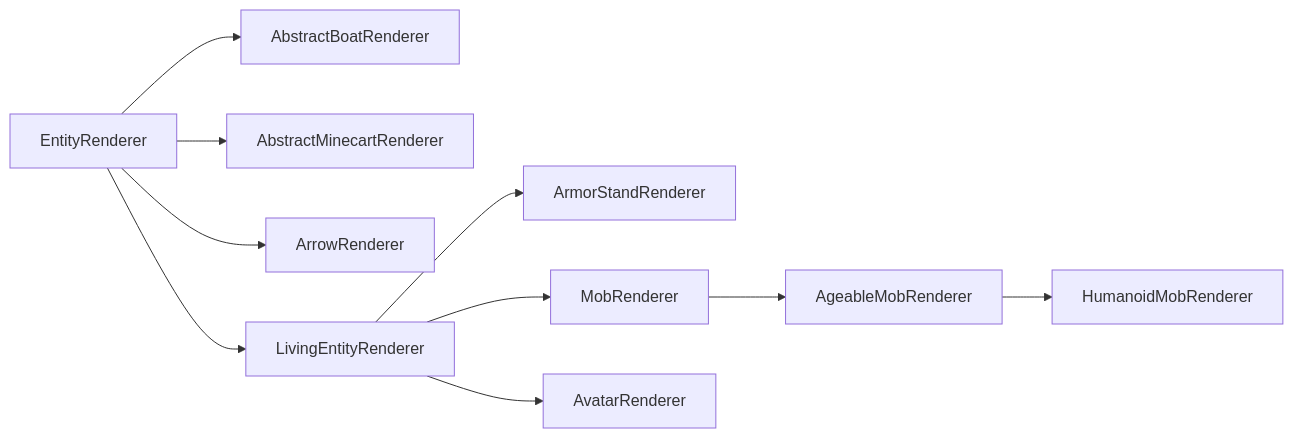
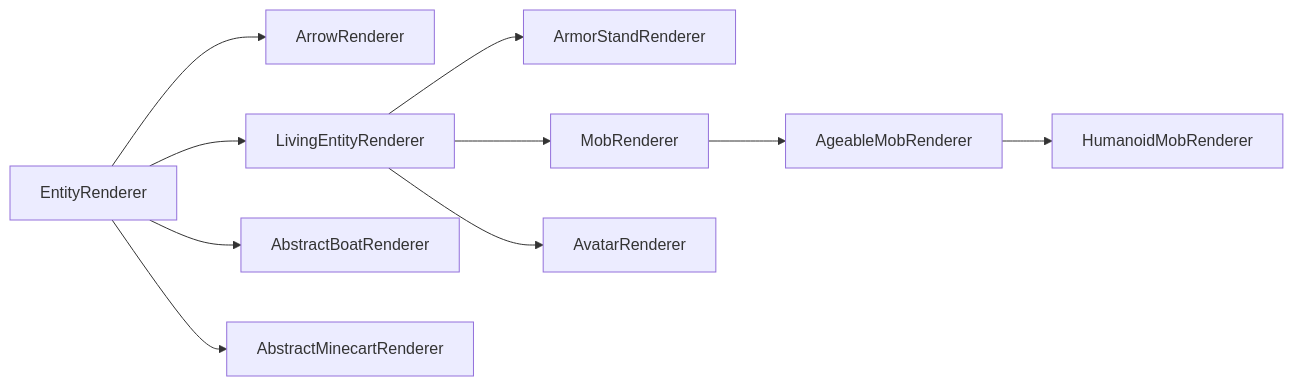
One commit to neoforged/Documentation changed the diagram in docs/entities/renderer.md. Above: the diagram before and after it, drawn with Mermaid. The commit also changed other lines of this file and 4 other files, not shown here.

Commit message:
Improve mermaid diagrams (#378)

````diff
--- a/docs/entities/renderer.md
+++ b/docs/entities/renderer.md
@@ -125,15 +125,10 @@
 ```mermaid
 graph LR;
-    EntityRenderer-->AbstractBoatRenderer;
-    EntityRenderer-->AbstractMinecartRenderer;
-    EntityRenderer-->ArrowRenderer;
-    EntityRenderer-->LivingEntityRenderer;
-    LivingEntityRenderer-->ArmorStandRenderer;
-    LivingEntityRenderer-->MobRenderer;
-    MobRenderer-->AgeableMobRenderer;
-    AgeableMobRenderer-->HumanoidMobRenderer;
-    LivingEntityRenderer-->AvatarRenderer;
-    
-    class EntityRenderer,AbstractBoatRenderer,AbstractMinecartRenderer,ArrowRenderer,LivingEntityRenderer,MobRenderer,AgeableMobRenderer,HumanoidMobRenderer red;
+    EntityRenderer --> ArrowRenderer & LivingEntityRenderer & AbstractBoatRenderer & AbstractMinecartRenderer;
+    LivingEntityRenderer --> ArmorStandRenderer;
+    LivingEntityRenderer --> MobRenderer --> AgeableMobRenderer --> HumanoidMobRenderer;
+    LivingEntityRenderer --> AvatarRenderer;
+
+    class EntityRenderer,AbstractBoatRenderer,AbstractMinecartRenderer,ArrowRenderer,LivingEntityRenderer,MobRenderer,AgeableMobRenderer,HumanoidMobRenderer yellow;
     class ArmorStandRenderer,AvatarRenderer blue;
 ```
````
